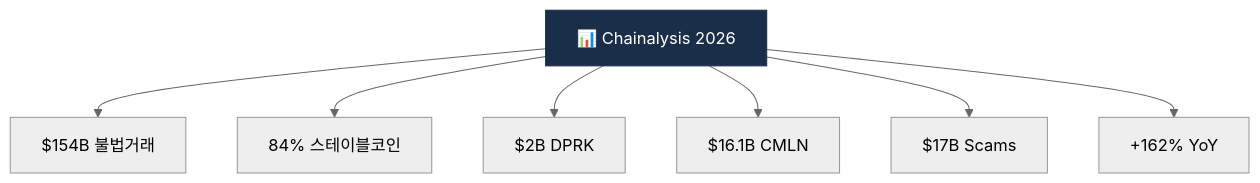
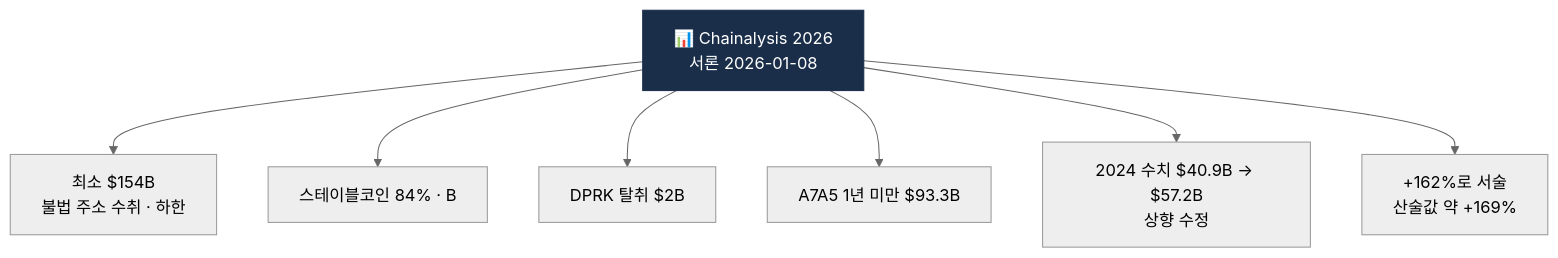
One commit to lala-david/aml-notes changed the first of 2 diagrams in curriculum/day_55.md. Above: the diagram before and after it, drawn with Mermaid (neutral theme). The commit also changed other lines of this file and 233 other files, not shown here.

````diff
--- a/curriculum/day_55.md
+++ b/curriculum/day_55.md
@@ -13,10 +13,10 @@
 ```mermaid
 flowchart TB
-    R["📊 Chainalysis 2026"] --> N1["$154B 불법거래"]
-    R --> N2["84% 스테이블코인"]
-    R --> N3["$2B DPRK"]
-    R --> N4["$16.1B CMLN"]
-    R --> N5["$17B Scams"]
-    R --> N6["+162% YoY"]
+    R["📊 Chainalysis 2026<br/>서론 2026-01-08"] --> N1["최소 $154B<br/>불법 주소 수취 · 하한"]
+    R --> N2["스테이블코인 84% · B"]
+    R --> N3["DPRK 탈취 $2B"]
+    R --> N4["A7A5 1년 미만 $93.3B"]
+    R --> N5["2024 수치 $40.9B → $57.2B<br/>상향 수정"]
+    R --> N6["+162%로 서술<br/>산술값 약 +169%"]
     style R fill:#1a2e4a,color:#fff,stroke:#1a2e4a
 ```
````
